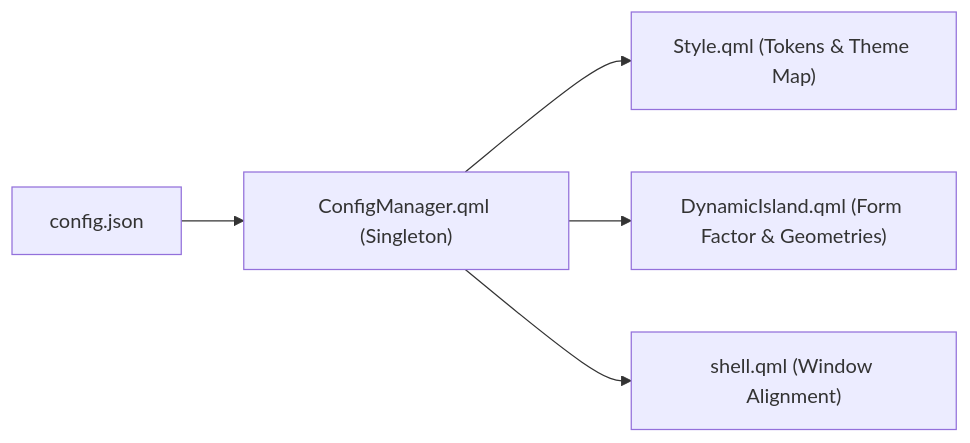
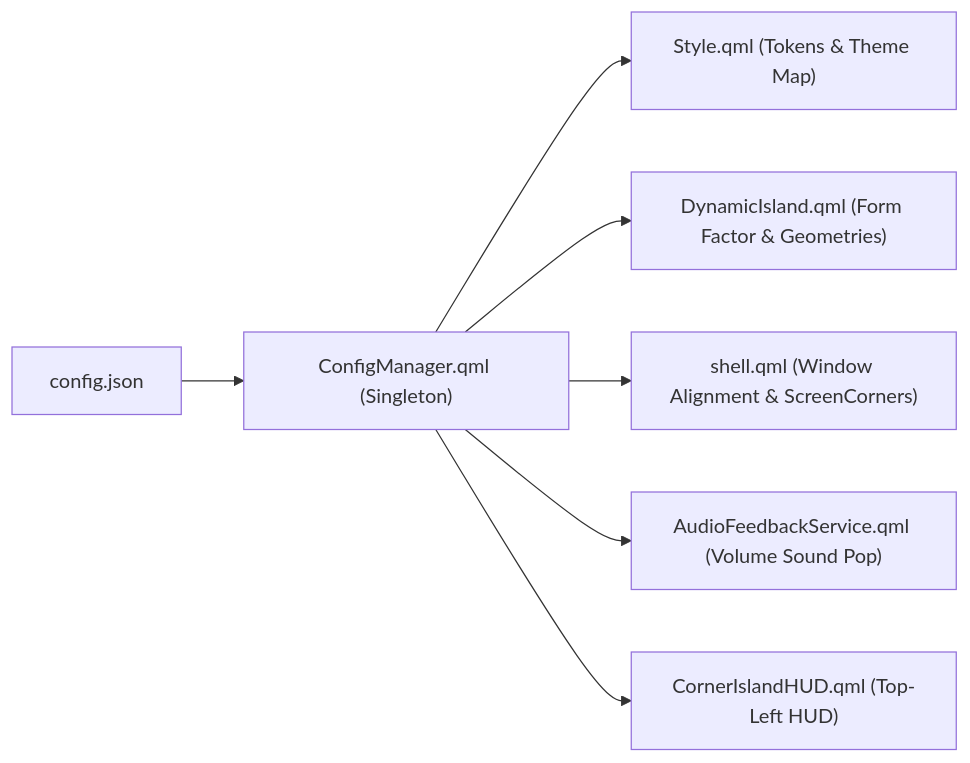
One commit to ogsammaenr/OgsShell-qs changed the diagram in ogsShell-qs_brain/01-Architecture/Configuration-System-Spec.md. Above: the diagram before and after it, drawn with Mermaid. The commit also changed other lines of this file and 8 other files, not shown here.

Commit message:
feat(config): integrate corner HUD, audio feedback and notification timeout schema

````diff
--- a/ogsShell-qs_brain/01-Architecture/Configuration-System-Spec.md
+++ b/ogsShell-qs_brain/01-Architecture/Configuration-System-Spec.md
@@ -134,7 +168,9 @@
 ```mermaid
 graph LR
     FILE["config.json"] --> C_MGR["ConfigManager.qml (Singleton)"]
     C_MGR --> STYLE["Style.qml (Tokens & Theme Map)"]
     C_MGR --> ISLAND["DynamicIsland.qml (Form Factor & Geometries)"]
-    C_MGR --> SHELL["shell.qml (Window Alignment)"]
+    C_MGR --> SHELL["shell.qml (Window Alignment & ScreenCorners)"]
+    C_MGR --> AFS["AudioFeedbackService.qml (Volume Sound Pop)"]
+    C_MGR --> CHUD["CornerIslandHUD.qml (Top-Left HUD)"]
 ```
````
